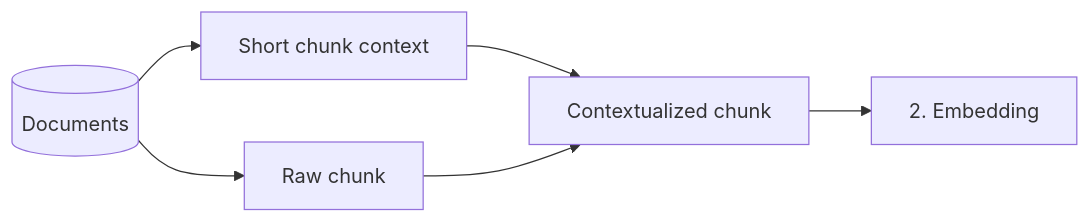
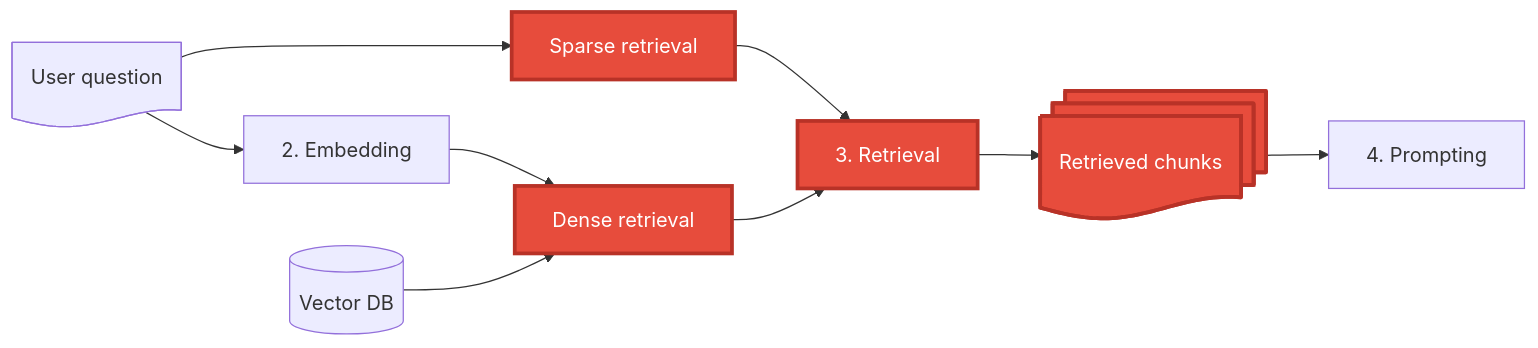
Before and after one commit to w4bo/AA2627-unibo-dcai: the eighth of 20 diagrams in slides/02-rag.qmd, drawn with Mermaid. The commit also changed other lines of this file and 2 other files, not shown here.

````diff
--- a/slides/02-rag.qmd
+++ b/slides/02-rag.qmd
@@ -520,9 +442,15 @@
 ```{mermaid}
 %%| echo: false
 flowchart LR
-  Doc[(Documents)] --> Chunk[Raw chunk]
-  Doc --> Summary[Short chunk context]
-  Summary --> Enriched[Contextualized chunk]
-  Chunk --> Enriched
-  Enriched --> Embed[2. Embedding]
+  Q@{ shape: doc, label: "User question" } --> S[Sparse retrieval]
+  Q --> E[2. Embedding]
+  E --> D[Dense retrieval]
+  I[(Vector DB)] --> D
+  S --> R[3. Retrieval]
+  D --> R
+  R --> C@{ shape: docs, label: "Retrieved chunks" }
+  C --> P[4. Prompting]
+
+  classDef focus fill:#e74c3c,color:#fff,stroke:#b83227,stroke-width:3px
+  class S,D,R,C focus
 ```
````
